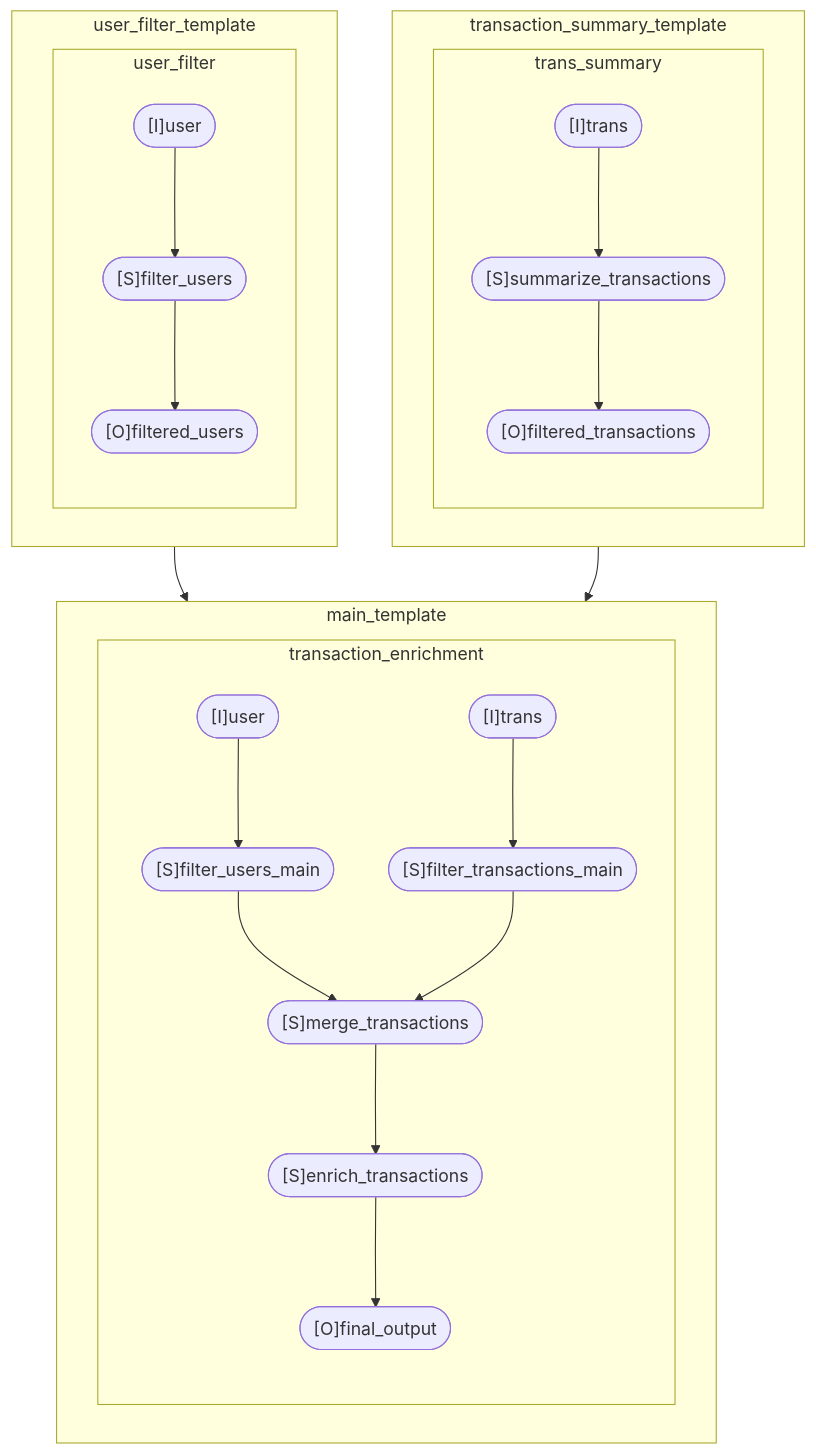
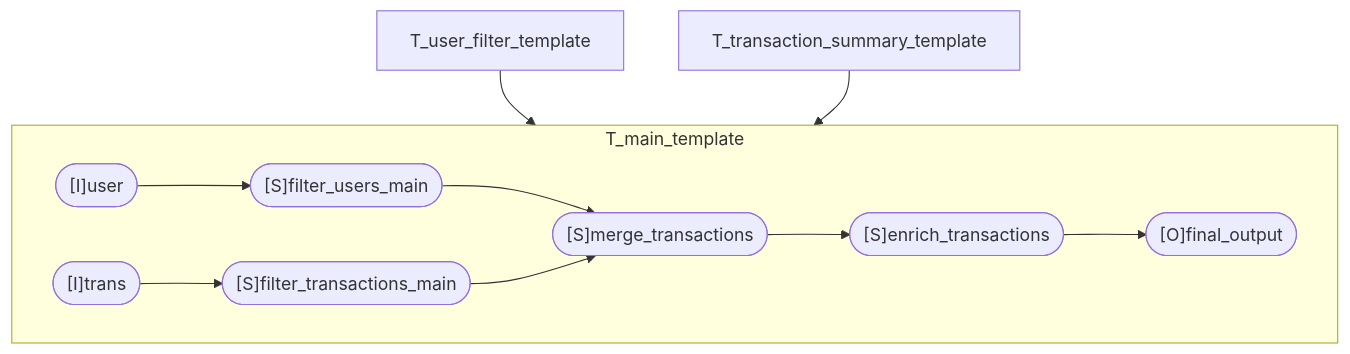
One commit to project-ro/rotab changed the diagram in README.md. Above: the diagram before and after it, drawn with Mermaid. The commit also changed other lines of this file, not shown here.

````diff
--- a/README.md
+++ b/README.md
@@ -198,48 +187,22 @@
 ```mermaid
 graph TB
-%% Nodes
-%% Template: user_filter_template
-subgraph T_user_filter_template ["user_filter_template"]
-  %% Process: user_filter
-  subgraph P_user_filter ["user_filter"]
-    I_user_filter_template__user(["[I]user"])
-    S_user_filter_template__filter_users(["[S]filter_users"])
-    O_user_filter_template__filtered_users(["[O]filtered_users"])
-    I_user_filter_template__user --> S_user_filter_template__filter_users
-    S_user_filter_template__filter_users --> O_user_filter_template__filtered_users
-  end
-end
-%% Template: transaction_summary_template
-subgraph T_transaction_summary_template ["transaction_summary_template"]
-  %% Process: trans_summary
-  subgraph P_trans_summary ["trans_summary"]
-    I_transaction_summary_template__trans(["[I]trans"])
-    S_transaction_summary_template__summarize_transactions(["[S]summarize_transactions"])
-    O_transaction_summary_template__filtered_transactions(["[O]filtered_transactions"])
-    I_transaction_summary_template__trans --> S_transaction_summary_template__summarize_transactions
-    S_transaction_summary_template__summarize_transactions --> O_transaction_summary_template__filtered_transactions
-  end
-end
-%% Template: main_template
-subgraph T_main_template ["main_template"]
-  %% Process: transaction_enrichment
-  subgraph P_transaction_enrichment ["transaction_enrichment"]
-    I_main_template__user(["[I]user"])
-    I_main_template__trans(["[I]trans"])
-    S_main_template__filter_users_main(["[S]filter_users_main"])
-    S_main_template__filter_transactions_main(["[S]filter_transactions_main"])
-    S_main_template__merge_transactions(["[S]merge_transactions"])
-    S_main_template__enrich_transactions(["[S]enrich_transactions"])
-    O_main_template__final_output(["[O]final_output"])
-    I_main_template__user --> S_main_template__filter_users_main
-    I_main_template__trans --> S_main_template__filter_transactions_main
-    S_main_template__filter_users_main --> S_main_template__merge_transactions
-    S_main_template__filter_transactions_main --> S_main_template__merge_transactions
-    S_main_template__merge_transactions --> S_main_template__enrich_transactions
-    S_main_template__enrich_transactions --> O_main_template__final_output
-  end
-end
-%% Template Dependencies
 T_user_filter_template --> T_main_template
 T_transaction_summary_template --> T_main_template
+
+subgraph T_main_template
+  I_user(["[I]user"])
+  I_trans(["[I]trans"])
+  S_filter_users(["[S]filter_users_main"])
+  S_filter_trans(["[S]filter_transactions_main"])
+  S_merge(["[S]merge_transactions"])
+  S_enrich(["[S]enrich_transactions"])
+  O_final(["[O]final_output"])
+
+  I_user --> S_filter_users
+  I_trans --> S_filter_trans
+  S_filter_users --> S_merge
+  S_filter_trans --> S_merge
+  S_merge --> S_enrich
+  S_enrich --> O_final
+end
 ```
````
